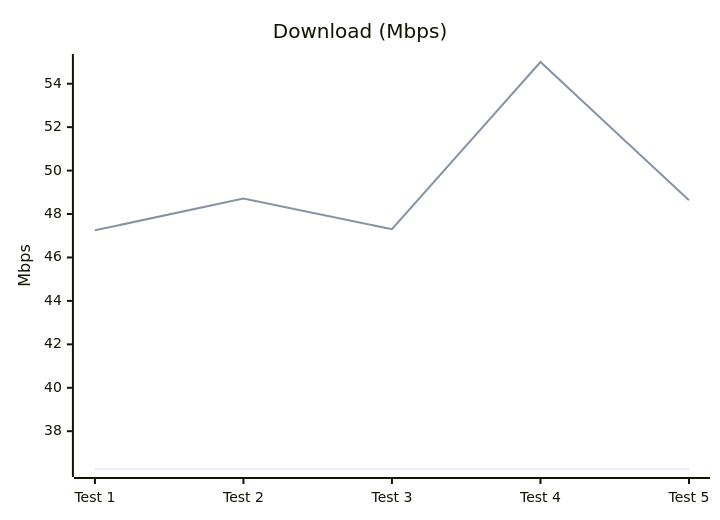
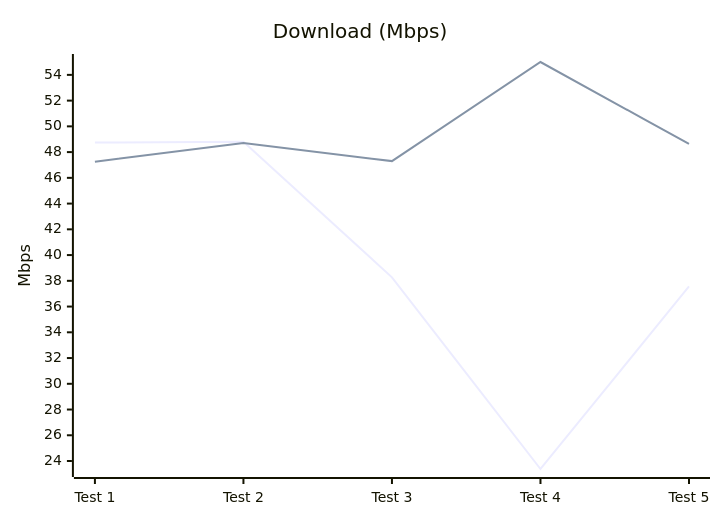
One commit to Angeles-HO/kitsunping changed the fourth of 24 diagrams in Docs/testingResults.md. Above: the diagram before and after it, drawn with Mermaid. The commit also changed other lines of this file and 1 other file, not shown here.

````diff
--- a/Docs/testingResults.md
+++ b/Docs/testingResults.md
@@ -70,8 +70,8 @@
 ```mermaid
 xychart-beta
 	title "Download (Mbps)"
 	x-axis ["Test 1", "Test 2", "Test 3", "Test 4", "Test 5"]
 	y-axis "Mbps"
-	line "Before module" [36.26, 36.26, 36.26, 36.26, 36.26]
-	line "With module" [47.25, 48.71, 47.30, 55.00, 48.63]
+	line "Previous version (4.85)" [48.74, 48.80, 38.27, 23.38, 37.56]
+	line "Current version (4.89)" [47.25, 48.71, 47.30, 55.00, 48.63]
 ```
````
